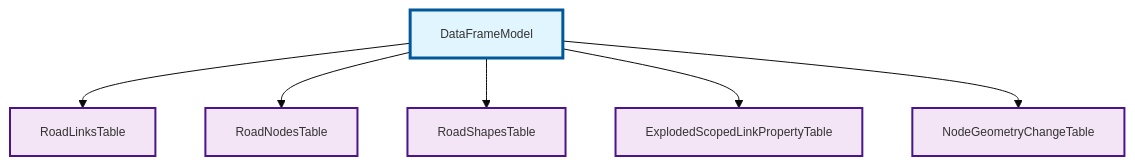
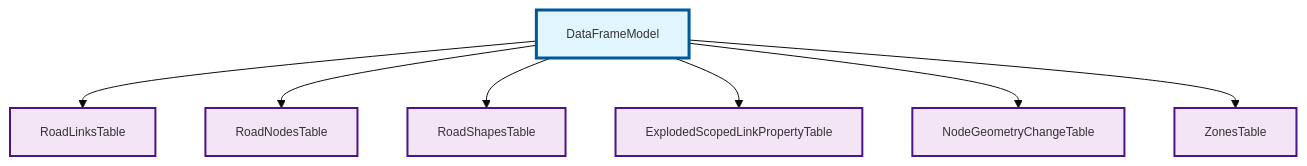
One commit to BayAreaMetro/network_wrangler changed the second of 4 diagrams in docs/data_models.md. Above: the diagram before and after it, drawn with Mermaid. The commit also changed 7 other files, not shown here.

Commit message:
Split centroids.py into nodes/centroids.py + links/connectors.py; update docs; add ZonesTable TODO for zones_df on ModelRoadwayNetwork

````diff
--- a/docs/data_models.md
+++ b/docs/data_models.md
@@ -83,23 +83,25 @@
 ```mermaid
 %%{init: {'theme':'base', 'themeVariables': {'fontSize': '12px'}}}%%
 graph TD
     A["DataFrameModel"]
     A --> B["RoadLinksTable"]
     A --> C["RoadNodesTable"]
     A --> D["RoadShapesTable"]
     A --> E["ExplodedScopedLinkPropertyTable"]
     A --> F["NodeGeometryChangeTable"]
+    A --> G["ZonesTable"]
 
     click A "https://pandera.readthedocs.io/en/stable/reference/generated/pandera.api.pandas.model.DataFrameModel.html"
     click B "../api_roadway/#network_wrangler.models.roadway.tables.RoadLinksTable"
     click C "../api_roadway/#network_wrangler.models.roadway.tables.RoadNodesTable"
     click D "../api_roadway/#network_wrangler.models.roadway.tables.RoadShapesTable"
     click E "../api_roadway/#network_wrangler.models.roadway.tables.ExplodedScopedLinkPropertyTable"
     click F "../api_roadway/#network_wrangler.roadway.nodes.edit.NodeGeometryChangeTable"
+    click G "../api_roadway/#network_wrangler.models.roadway.tables.ZonesTable"
 
     classDef pandera fill:#e1f5fe,stroke:#01579b,stroke-width:3px
     classDef roadway fill:#f3e5f5,stroke:#4a148c,stroke-width:2px
 
     class A pandera
-    class B,C,D,E,F roadway
+    class B,C,D,E,F,G roadway
 ```
````
